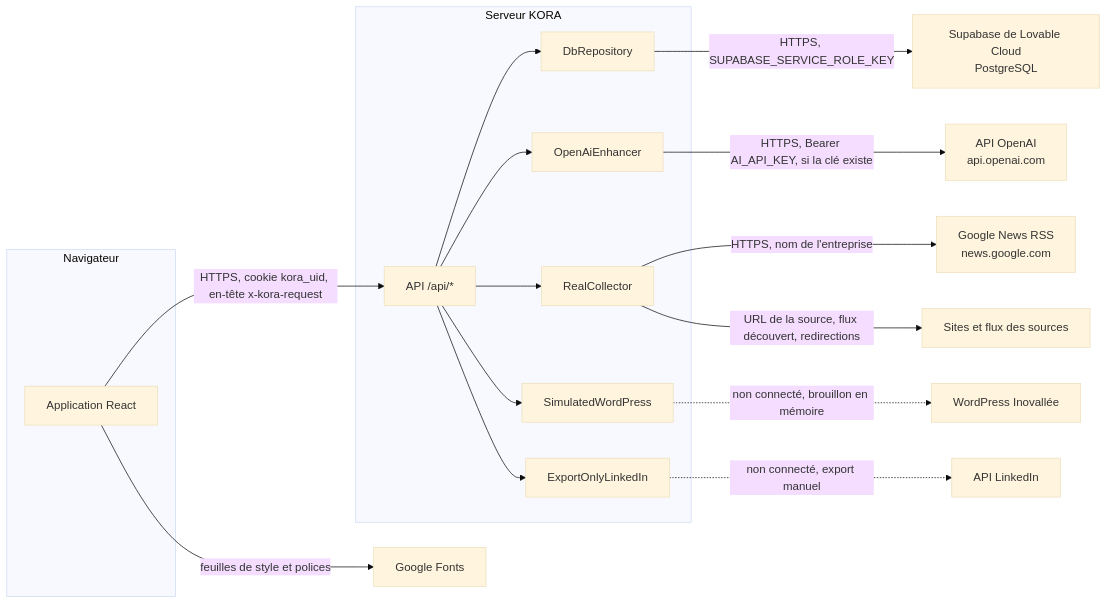
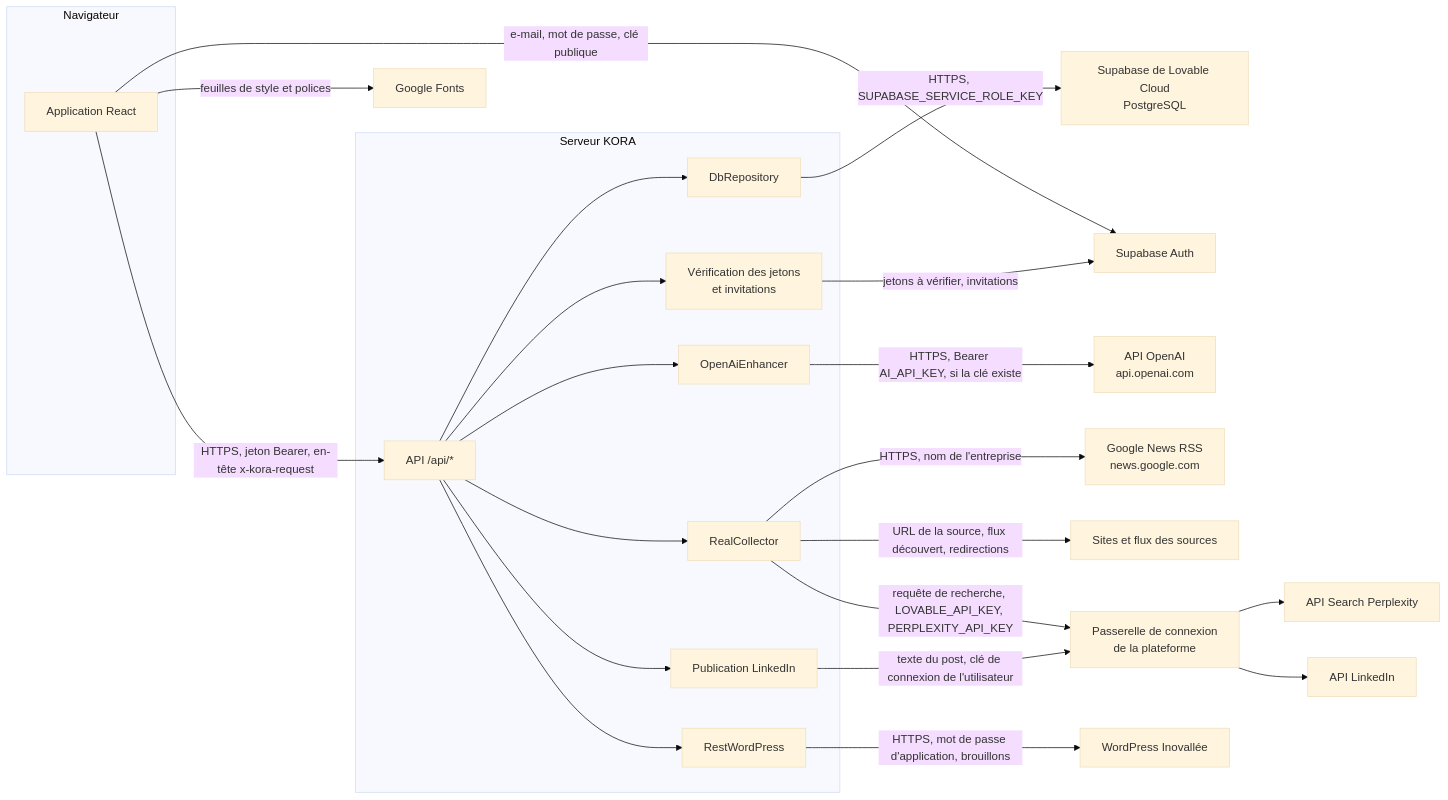
One commit to Makk7709/koraino changed the diagram in docs/06-securite-et-flux-tiers.md. Above: the diagram before and after it, drawn with Mermaid (base theme). The commit also changed other lines of this file and 13 other files, not shown here.

````diff
--- a/docs/06-securite-et-flux-tiers.md
+++ b/docs/06-securite-et-flux-tiers.md
@@ -211,34 +241,44 @@
 ```mermaid
 flowchart LR
   subgraph nav [Navigateur]
     UI["Application React"]
   end
   subgraph srv [Serveur KORA]
     API["API /api/*"]
+    AUTH["Vérification des jetons<br/>et invitations"]
     REPO["DbRepository"]
     AI["OpenAiEnhancer"]
     COL["RealCollector"]
-    WP["SimulatedWordPress"]
-    LI["ExportOnlyLinkedIn"]
+    WP["RestWordPress"]
+    LI["Publication LinkedIn"]
   end
   SB["Supabase de Lovable Cloud<br/>PostgreSQL"]
+  SBA["Supabase Auth"]
   OAI["API OpenAI<br/>api.openai.com"]
   GN["Google News RSS<br/>news.google.com"]
   WEB["Sites et flux des sources"]
+  GW["Passerelle de connexion<br/>de la plateforme"]
+  PPX["API Search Perplexity"]
   WPR["WordPress Inovallée"]
   LIR["API LinkedIn"]
   GF["Google Fonts"]
-  UI -->|"HTTPS, cookie kora_uid, en-tête x-kora-request"| API
+  UI -->|"HTTPS, jeton Bearer, en-tête x-kora-request"| API
+  UI -->|"e-mail, mot de passe, clé publique"| SBA
+  API --> AUTH
   API --> REPO
   API --> AI
   API --> COL
   API --> WP
   API --> LI
+  AUTH -->|"jetons à vérifier, invitations"| SBA
   REPO -->|"HTTPS, SUPABASE_SERVICE_ROLE_KEY"| SB
   AI -->|"HTTPS, Bearer AI_API_KEY, si la clé existe"| OAI
   COL -->|"HTTPS, nom de l'entreprise"| GN
   COL -->|"URL de la source, flux découvert, redirections"| WEB
-  WP -.->|"non connecté, brouillon en mémoire"| WPR
-  LI -.->|"non connecté, export manuel"| LIR
+  COL -->|"requête de recherche, LOVABLE_API_KEY, PERPLEXITY_API_KEY"| GW
+  GW --> PPX
+  WP -->|"HTTPS, mot de passe d'application, brouillons"| WPR
+  LI -->|"texte du post, clé de connexion de l'utilisateur"| GW
+  GW --> LIR
   UI -->|"feuilles de style et polices"| GF
 ```
````
